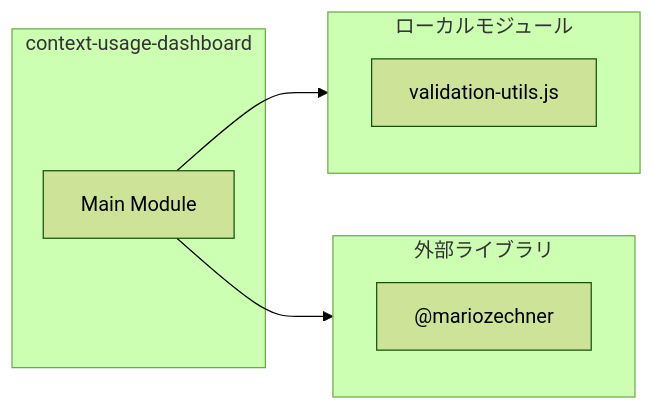
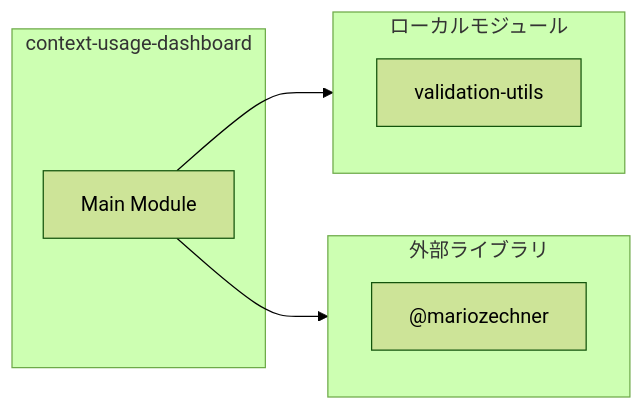
The second of 2 diagrams in ABDD/.pi/extensions/context-usage-dashboard.md (Mekann2904/mekann), drawn with Mermaid (forest theme) before and after one commit. The commit also changed other lines of this file and 174 other files, not shown here.

First line of the commit message:
fix(docs): ABDDのMermaid図生成エラーを修正する

````diff
--- a/ABDD/.pi/extensions/context-usage-dashboard.md
+++ b/ABDD/.pi/extensions/context-usage-dashboard.md
@@ -70,15 +70,15 @@
 ```mermaid
 flowchart LR
   subgraph this[context-usage-dashboard]
     main[Main Module]
   end
   subgraph local[ローカルモジュール]
-    validation_utils_js["validation-utils.js"]
+    validation_utils["validation-utils"]
   end
   main --> local
   subgraph external[外部ライブラリ]
     _mariozechner["@mariozechner"]
     _mariozechner["@mariozechner"]
   end
   main --> external
 ```
````
